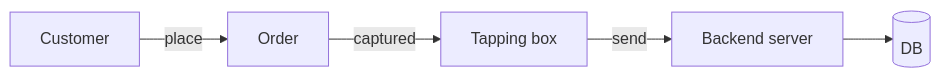
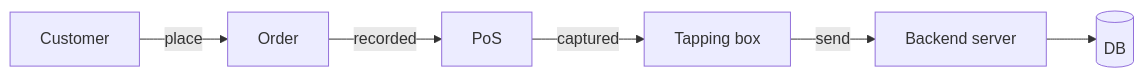
Before and after one commit to ekalaya2015/monitax-cli: the diagram in docs/index.md, drawn with Mermaid.

Commit message:
refine diagram

````diff
--- a/docs/index.md
+++ b/docs/index.md
@@ -12,7 +12,8 @@
 ``` mermaid
 graph LR
   A[Customer] --> |place| B[Order];
-  B --> |captured| C[Tapping box];
-  C --> |send| D[Backend server];
-  D --> E[(DB)]
+  B --> |recorded| C[PoS];
+  C --> |captured| D[Tapping box];
+  D --> |send| E[Backend server];
+  E --> F[(DB)]
 ```
````
